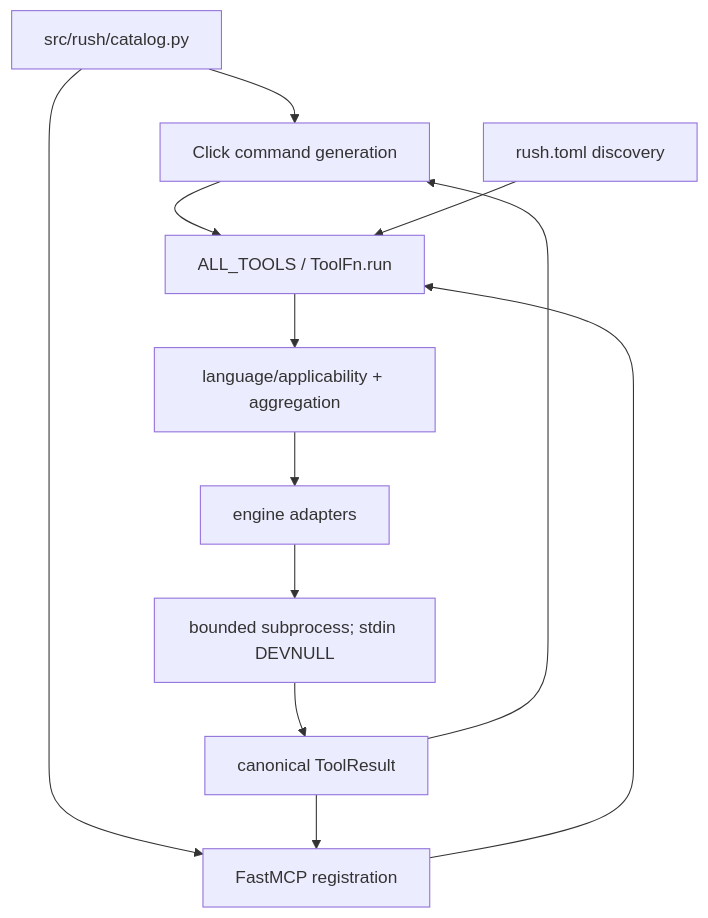
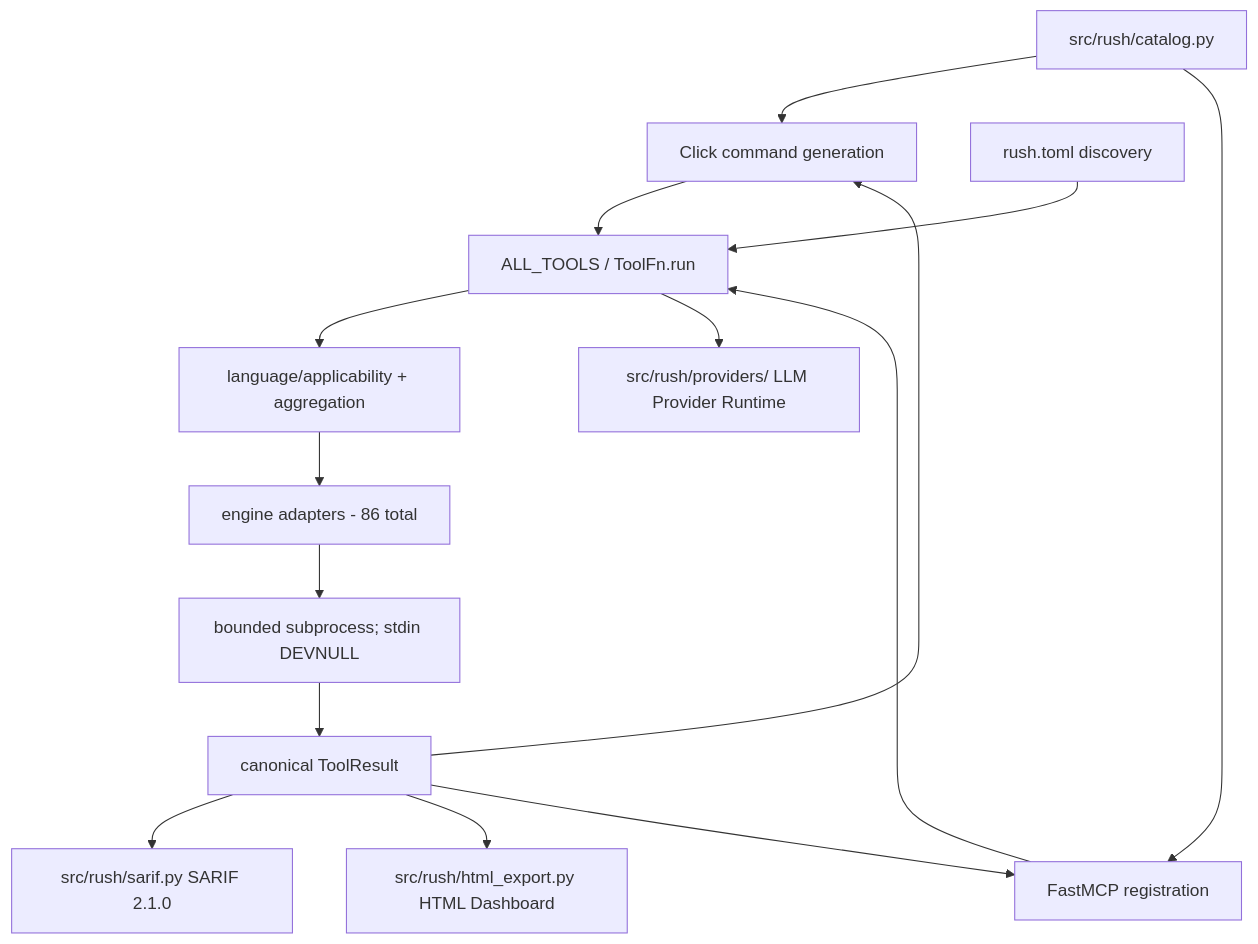
One commit to jamesdsizemore/rush-cli changed the first of 3 diagrams in docs/developer/architecture.md. Above: the diagram before and after it, drawn with Mermaid. The commit also changed other lines of this file and 129 other files, not shown here.

Commit message:
feat: complete Phase 20 AI anti-slop, modular boundaries, SARIF/HTML export & zero-drift doc engine

````diff
--- a/docs/developer/architecture.md
+++ b/docs/developer/architecture.md
@@ -5,14 +5,17 @@
 ```mermaid
 flowchart TB
   Catalog[src/rush/catalog.py] --> CLI[Click command generation]
   Catalog --> MCP[FastMCP registration]
   CLI --> Tools[ALL_TOOLS / ToolFn.run]
   MCP --> Tools
   Config[rush.toml discovery] --> Tools
   Tools --> Routing[language/applicability + aggregation]
-  Routing --> Adapters[engine adapters]
+  Routing --> Adapters[engine adapters - 86 total]
   Adapters --> Proc[bounded subprocess; stdin DEVNULL]
   Proc --> Normalize[canonical ToolResult]
+  Normalize --> SARIF[src/rush/sarif.py SARIF 2.1.0]
+  Normalize --> HTML[src/rush/html_export.py HTML Dashboard]
   Normalize --> CLI
   Normalize --> MCP
+  Tools --> LLM[src/rush/providers/ LLM Provider Runtime]
 ```
````
